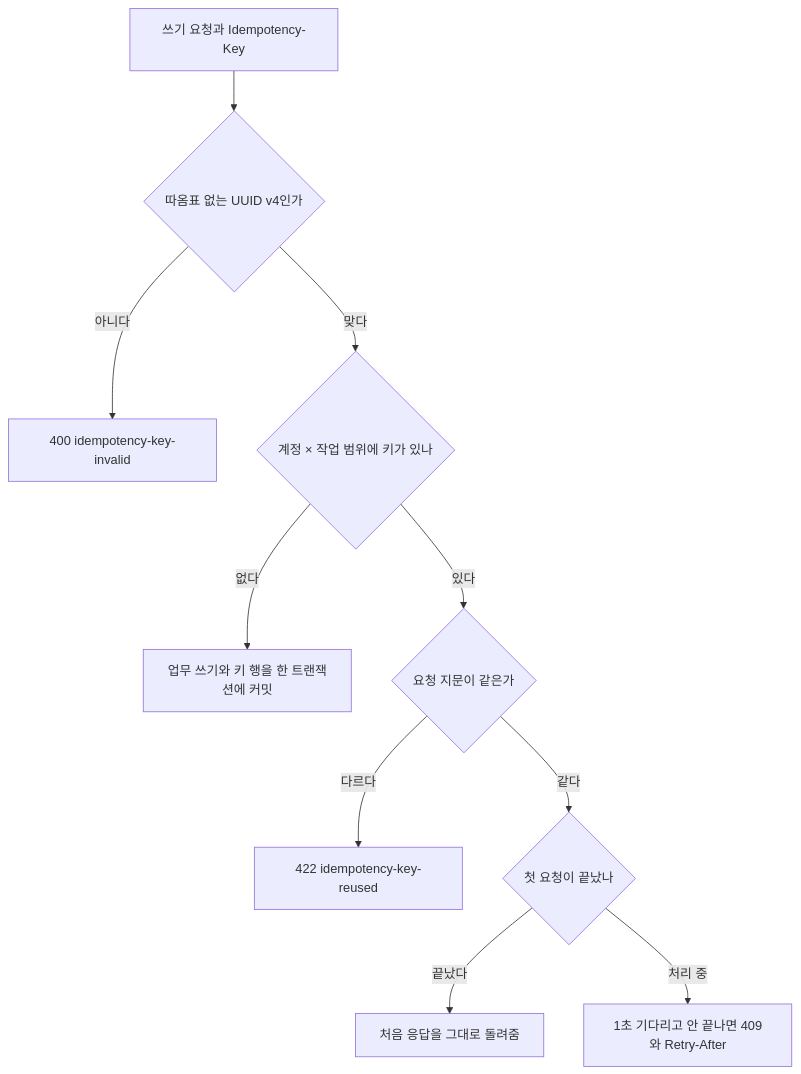
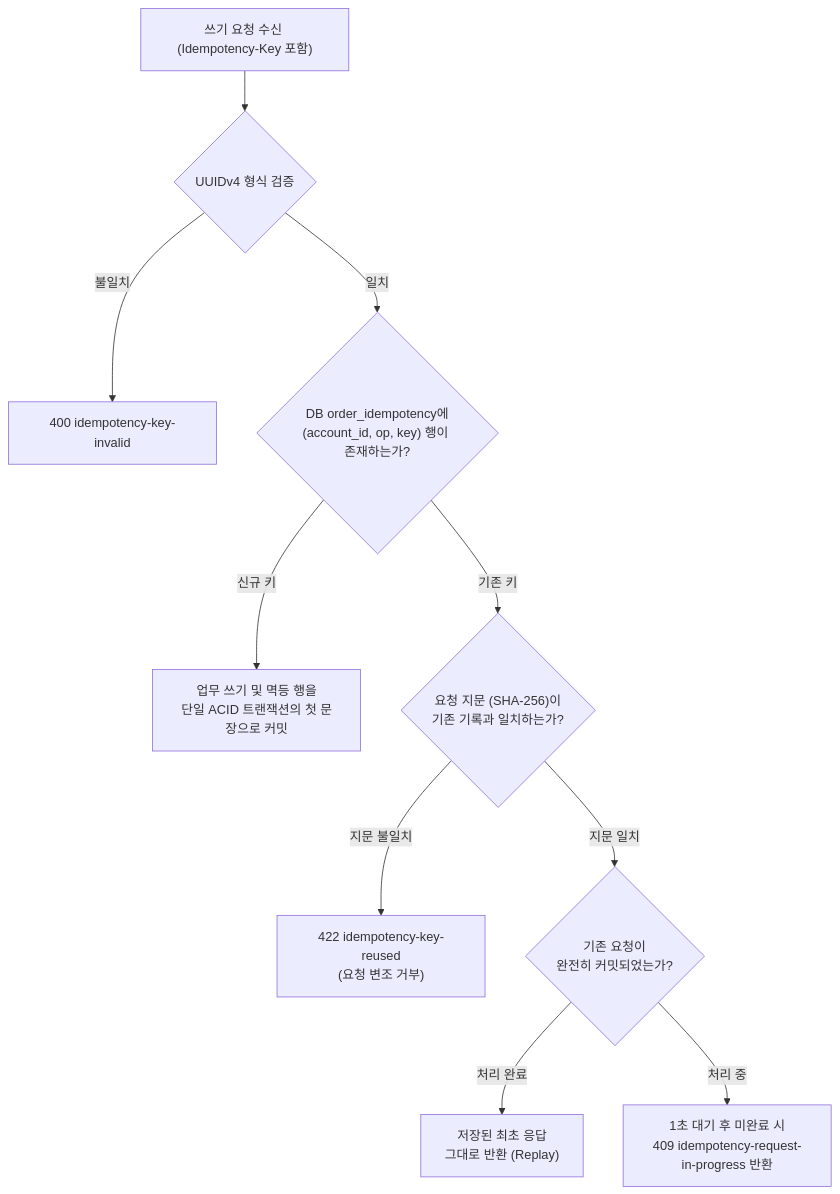
One commit to peaket/peaket changed the third of 3 diagrams in docs/walkthrough/db/06-concurrency.md. Above: the diagram before and after it, drawn with Mermaid. The commit also changed other lines of this file and 77 other files, not shown here.

````diff
--- a/docs/walkthrough/db/06-concurrency.md
+++ b/docs/walkthrough/db/06-concurrency.md
@@ -94,22 +141,23 @@
 ```mermaid
 flowchart TD
-    req["쓰기 요청과 Idempotency-Key"]
-    fmt{"따옴표 없는 UUID v4인가"}
-    bad["400 idempotency-key-invalid"]
-    find{"계정 × 작업 범위에 키가 있나"}
-    run["업무 쓰기와 키 행을 한 트랜잭션에 커밋"]
-    same{"요청 지문이 같은가"}
-    reused["422 idempotency-key-reused"]
-    done{"첫 요청이 끝났나"}
-    replay["처음 응답을 그대로 돌려줌"]
-    wait["1초 기다리고 안 끝나면 409와 Retry-After"]
-    req --> fmt
-    fmt -->|"아니다"| bad
-    fmt -->|"맞다"| find
-    find -->|"없다"| run
-    find -->|"있다"| same
-    same -->|"다르다"| reused
-    same -->|"같다"| done
-    done -->|"끝났다"| replay
-    done -->|"처리 중"| wait
+    Req["쓰기 요청 수신 (Idempotency-Key 포함)"]
+    Fmt{"UUIDv4 형식 검증"}
+    Bad["400 idempotency-key-invalid"]
+    Find{"DB order_idempotency에<br/>(account_id, op, key) 행이 존재하는가?"}
+    Run["업무 쓰기 및 멱등 행을<br/>단일 ACID 트랜잭션의 첫 문장으로 커밋"]
+    Same{"요청 지문 (SHA-256)이<br/>기존 기록과 일치하는가?"}
+    Reused["422 idempotency-key-reused<br/>(요청 변조 거부)"]
+    Done{"기존 요청이<br/>완전히 커밋되었는가?"}
+    Replay["저장된 최초 응답<br/>그대로 반환 (Replay)"]
+    Wait["1초 대기 후 미완료 시<br/>409 idempotency-request-in-progress 반환"]
+
+    Req --> Fmt
+    Fmt -->|"불일치"| Bad
+    Fmt -->|"일치"| Find
+    Find -->|"신규 키"| Run
+    Find -->|"기존 키"| Same
+    Same -->|"지문 불일치"| Reused
+    Same -->|"지문 일치"| Done
+    Done -->|"처리 완료"| Replay
+    Done -->|"처리 중"| Wait
 ```
````
